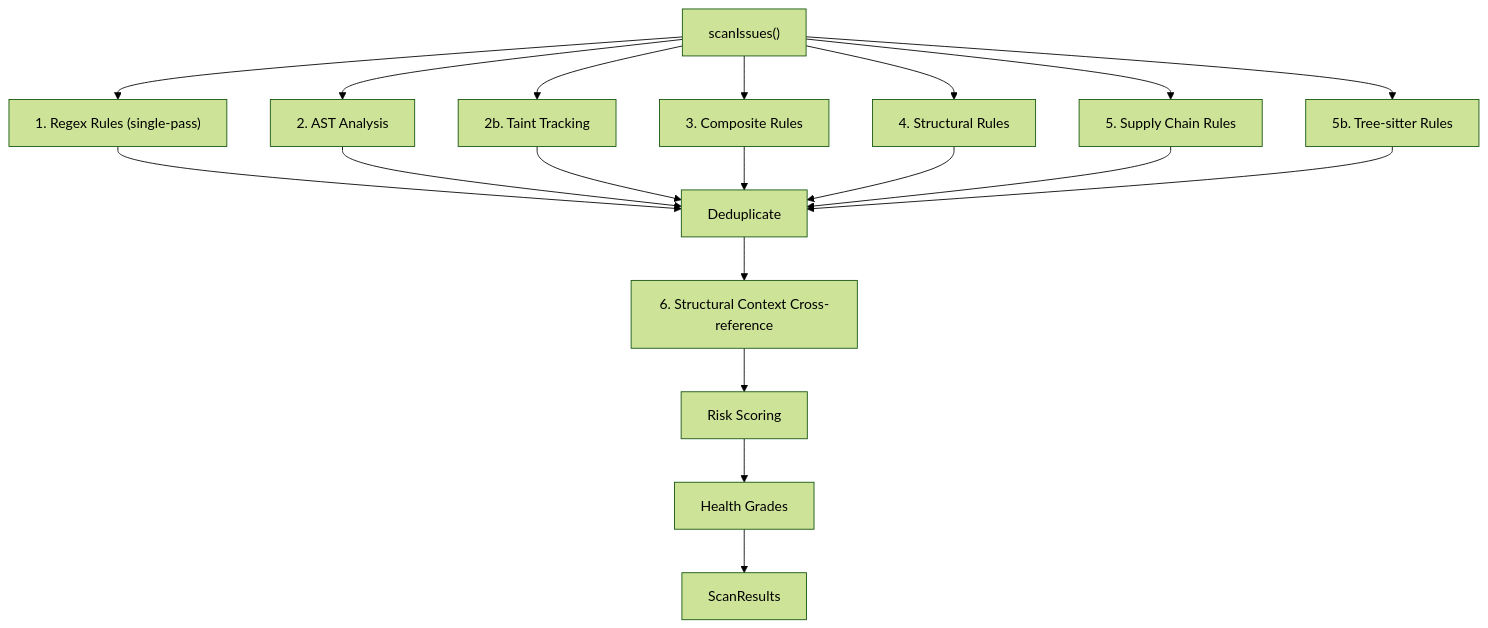
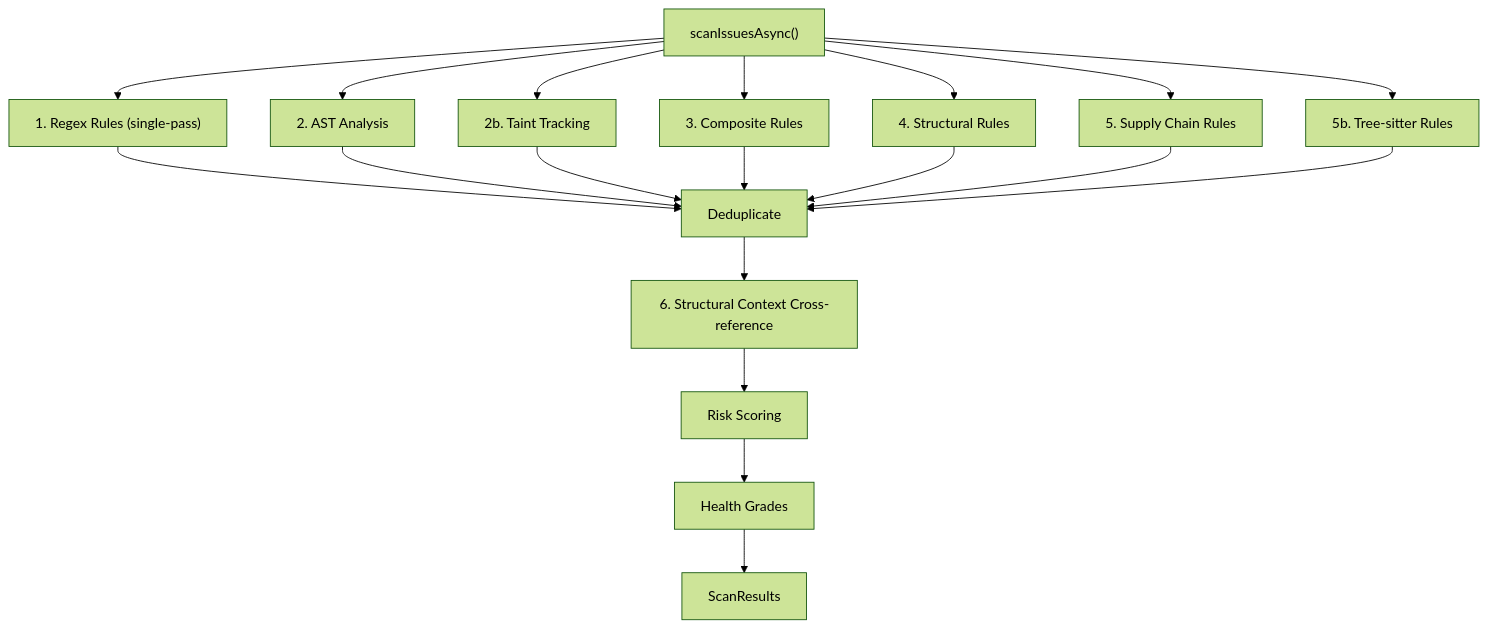
The sixth of 10 diagrams in ARCHITECTURE.md (zebbern/repolens), drawn with Mermaid (forest theme) before and after one commit. The commit also changed other lines of this file and 3 other files, not shown here.

````diff
--- a/ARCHITECTURE.md
+++ b/ARCHITECTURE.md
@@ -223,21 +223,21 @@
 ```mermaid
 graph TD
-  A["scanIssues()"] --> B["1. Regex Rules (single-pass)"]
+  A["scanIssuesAsync()"] --> B["1. Regex Rules (single-pass)"]
   A --> C["2. AST Analysis"]
   A --> D["2b. Taint Tracking"]
   A --> E["3. Composite Rules"]
   A --> F["4. Structural Rules"]
   A --> G["5. Supply Chain Rules"]
   A --> G2["5b. Tree-sitter Rules"]
   B --> H["Deduplicate"]
   C --> H
   D --> H
   E --> H
   F --> H
   G --> H
   G2 --> H
   H --> I["6. Structural Context Cross-reference"]
   I --> J["Risk Scoring"]
   J --> K["Health Grades"]
   K --> L["ScanResults"]
 ```
````
